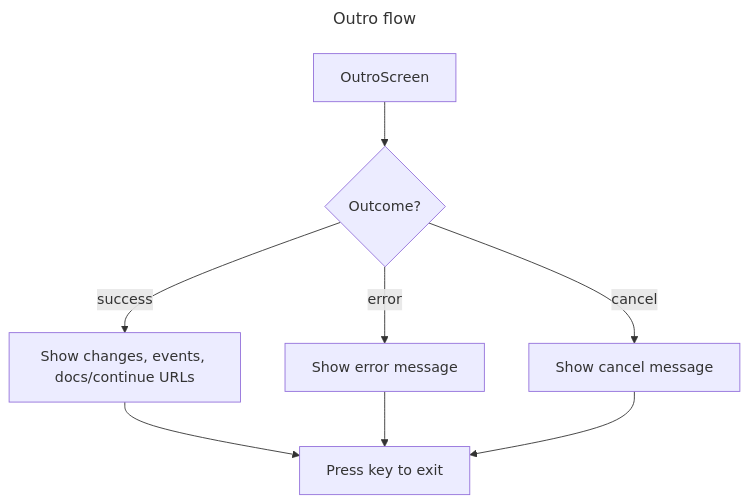
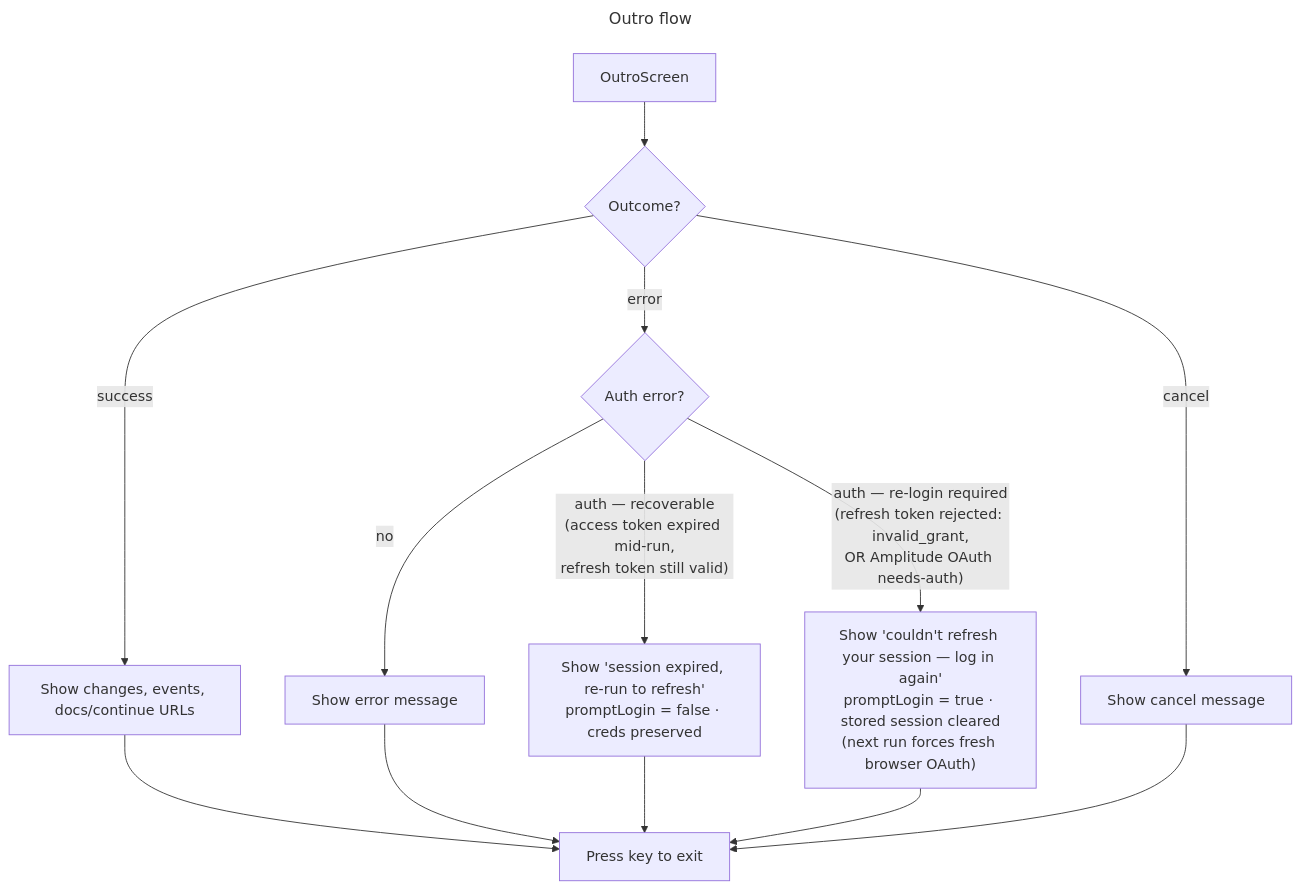
One commit to amplitude/wizard changed the seventh of 7 diagrams in docs/flows.md. Above: the diagram before and after it, drawn with Mermaid. The commit also changed other lines of this file and 5 other files, not shown here.

````diff
--- a/docs/flows.md
+++ b/docs/flows.md
@@ -358,13 +367,18 @@
 ```mermaid
 ---
 title: Outro flow
 ---
 flowchart TD
     OUTRO["OutroScreen"] --> OUTCOME{Outcome?}
     OUTCOME -->|success| SUCCESS["Show changes, events, docs/continue URLs"]
-    OUTCOME -->|error| ERR["Show error message"]
+    OUTCOME -->|error| ERR{Auth error?}
     OUTCOME -->|cancel| CANCEL["Show cancel message"]
+    ERR -->|no| ERR_GENERIC["Show error message"]
+    ERR -->|"auth — recoverable<br/>(access token expired mid-run,<br/>refresh token still valid)"| ERR_RERUN["Show 'session expired, re-run to refresh'<br/>promptLogin = false · creds preserved"]
+    ERR -->|"auth — re-login required<br/>(refresh token rejected: invalid_grant,<br/>OR Amplitude OAuth needs-auth)"| ERR_REAUTH["Show 'couldn't refresh your session — log in again'<br/>promptLogin = true · stored session cleared<br/>(next run forces fresh browser OAuth)"]
     SUCCESS --> EXIT["Press key to exit"]
-    ERR --> EXIT
+    ERR_GENERIC --> EXIT
+    ERR_RERUN --> EXIT
+    ERR_REAUTH --> EXIT
     CANCEL --> EXIT
 ```
````
